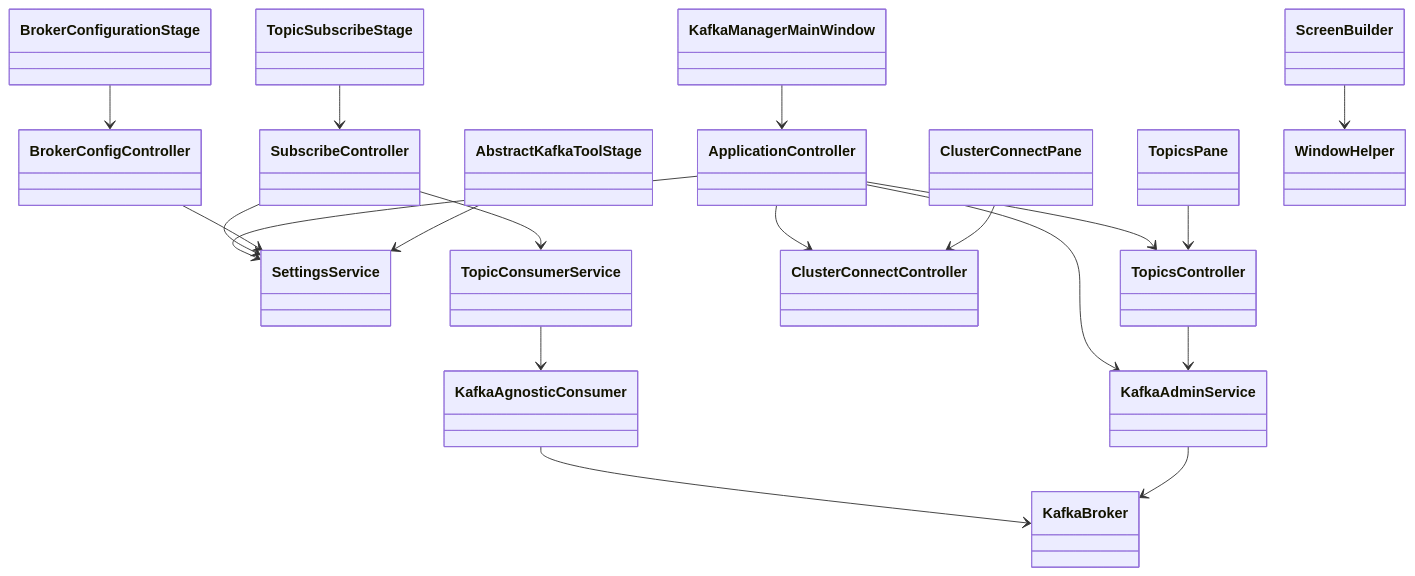
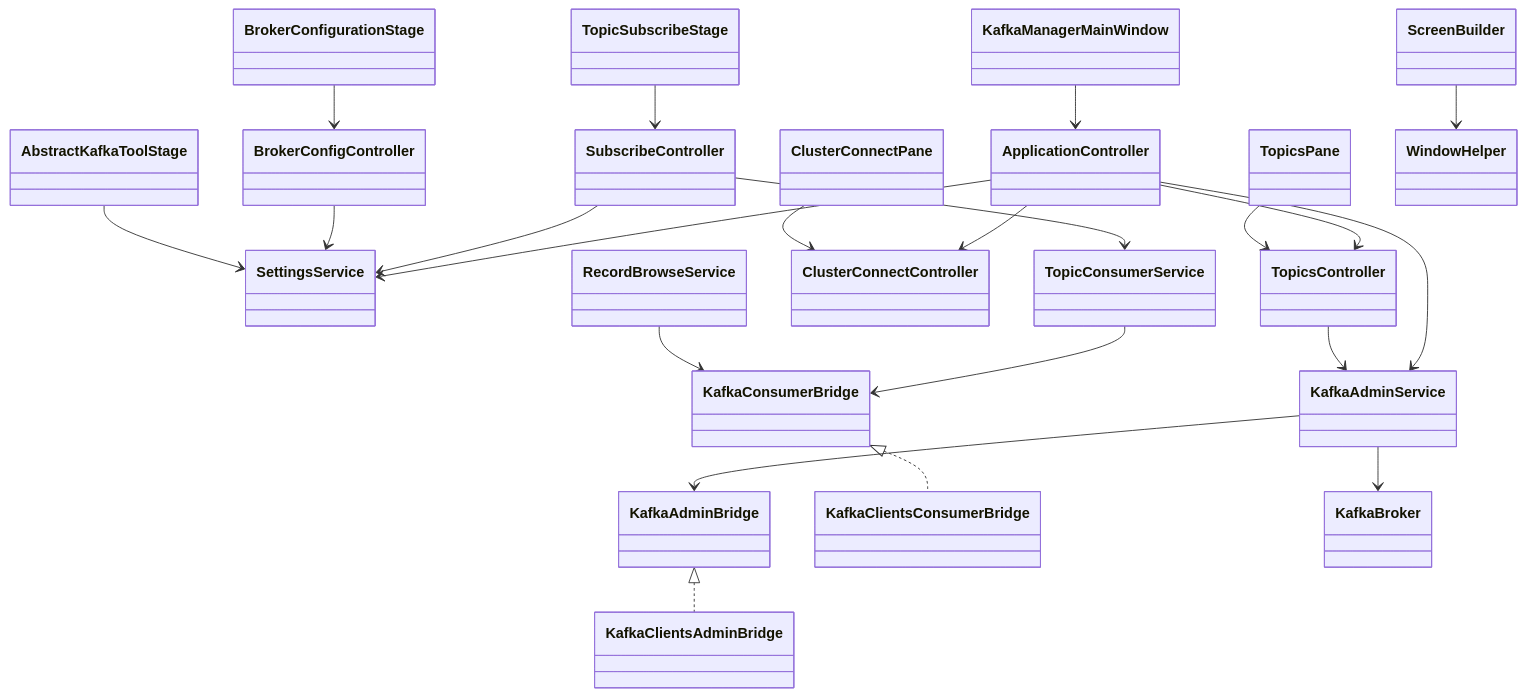
One commit to vepo/kafka-tool changed the diagram in docs/ARCHITECTURE.md. Above: the diagram before and after it, drawn with Mermaid. The commit also changed other lines of this file and 48 other files, not shown here.

````diff
--- a/docs/ARCHITECTURE.md
+++ b/docs/ARCHITECTURE.md
@@ -276,21 +277,24 @@
 ```mermaid
 classDiagram
     KafkaManagerMainWindow --> ApplicationController
     ApplicationController --> KafkaAdminService
     ApplicationController --> SettingsService
     ApplicationController --> TopicsController
     ApplicationController --> ClusterConnectController
     TopicsPane --> TopicsController
     ClusterConnectPane --> ClusterConnectController
     TopicSubscribeStage --> SubscribeController
     BrokerConfigurationStage --> BrokerConfigController
     SubscribeController --> TopicConsumerService
     SubscribeController --> SettingsService
     TopicsController --> KafkaAdminService
     BrokerConfigController --> SettingsService
-    TopicConsumerService --> KafkaAgnosticConsumer
-    KafkaAgnosticConsumer --> KafkaBroker
+    TopicConsumerService --> KafkaConsumerBridge
+    RecordBrowseService --> KafkaConsumerBridge
+    KafkaAdminService --> KafkaAdminBridge
+    KafkaAdminBridge <|.. KafkaClientsAdminBridge
+    KafkaConsumerBridge <|.. KafkaClientsConsumerBridge
     KafkaAdminService --> KafkaBroker
     AbstractKafkaToolStage --> SettingsService
     ScreenBuilder --> WindowHelper
 ```
````
